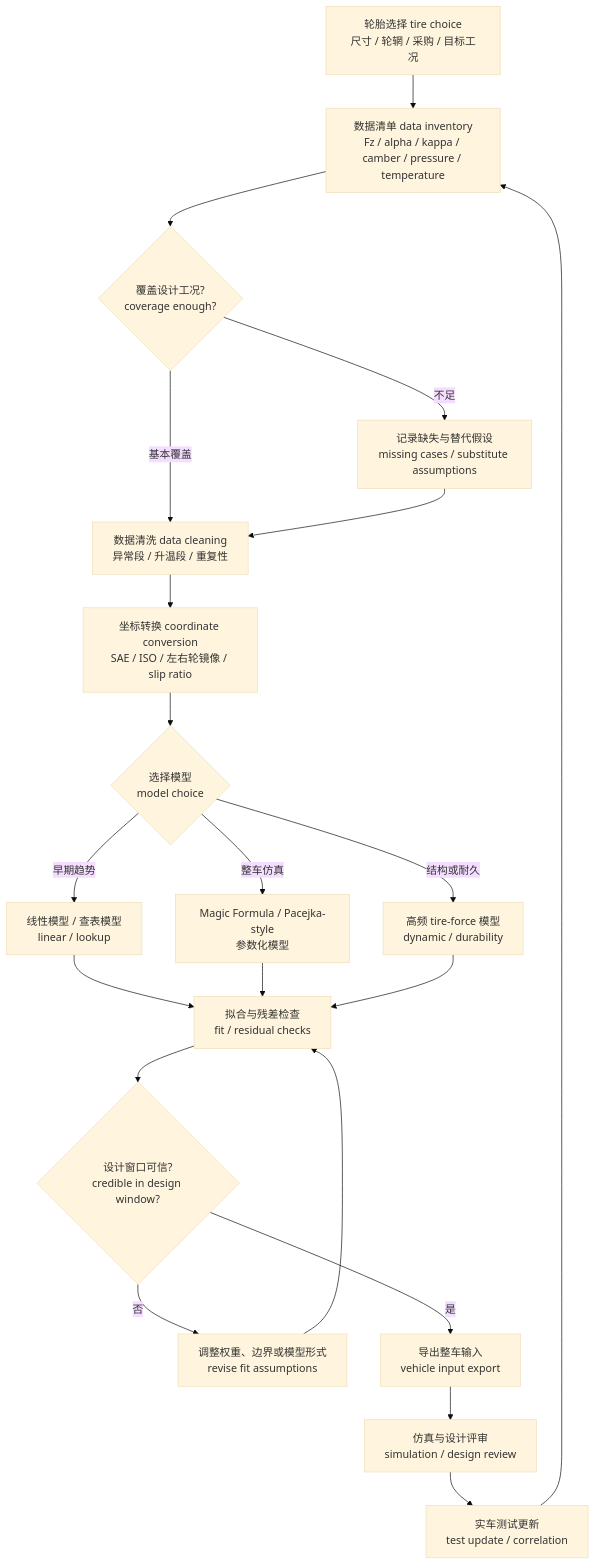
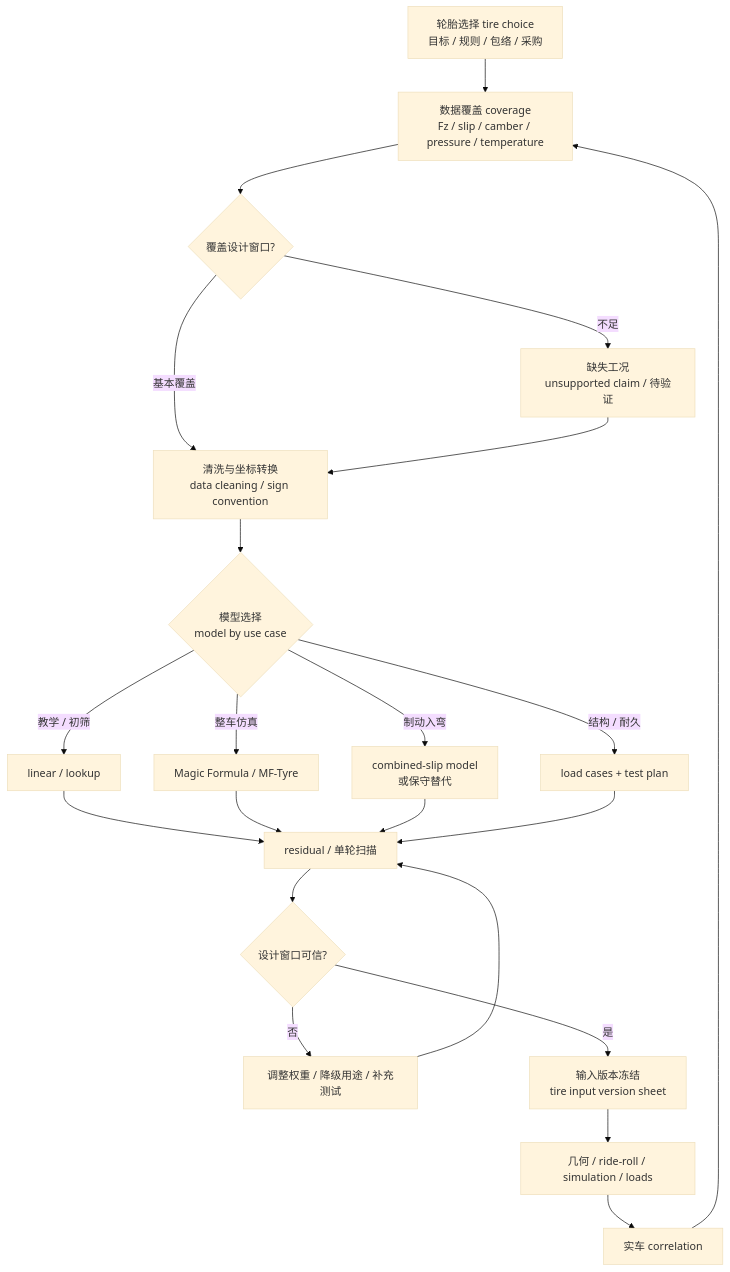
The diagram in docs/advanced/02-tire-and-vehicle-inputs.md (onebulletkick/suspension_opensource), drawn with Mermaid (base theme) before and after one commit. The commit also changed other lines of this file and 1 other file, not shown here.

Commit message:
docs: integrate tire source research into inputs

````diff
--- a/docs/advanced/02-tire-and-vehicle-inputs.md
+++ b/docs/advanced/02-tire-and-vehicle-inputs.md
@@ -247,23 +226,24 @@
 ```mermaid
 flowchart TD
-  A["轮胎选择 tire choice<br>尺寸 / 轮辋 / 采购 / 目标工况"] --> B["数据清单 data inventory<br>Fz / alpha / kappa / camber / pressure / temperature"]
-  B --> C{"覆盖设计工况?<br>coverage enough?"}
-  C -- "不足" --> D["记录缺失与替代假设<br>missing cases / substitute assumptions"]
-  C -- "基本覆盖" --> E["数据清洗 data cleaning<br>异常段 / 升温段 / 重复性"]
+  A["轮胎选择 tire choice<br>目标 / 规则 / 包络 / 采购"] --> B["数据覆盖 coverage<br>Fz / slip / camber / pressure / temperature"]
+  B --> C{"覆盖设计窗口?"}
+  C -- "不足" --> D["缺失工况<br>unsupported claim / 待验证"]
+  C -- "基本覆盖" --> E["清洗与坐标转换<br>data cleaning / sign convention"]
   D --> E
-  E --> F["坐标转换 coordinate conversion<br>SAE / ISO / 左右轮镜像 / slip ratio"]
-  F --> G{"选择模型<br>model choice"}
-  G -- "早期趋势" --> H["线性模型 / 查表模型<br>linear / lookup"]
-  G -- "整车仿真" --> I["Magic Formula / Pacejka-style<br>参数化模型"]
-  G -- "结构或耐久" --> J["高频 tire-force 模型<br>dynamic / durability"]
-  H --> K["拟合与残差检查<br>fit / residual checks"]
+  E --> F{"模型选择<br>model by use case"}
+  F -- "教学 / 初筛" --> G["linear / lookup"]
+  F -- "整车仿真" --> H["Magic Formula / MF-Tyre"]
+  F -- "制动入弯" --> I["combined-slip model<br>或保守替代"]
+  F -- "结构 / 耐久" --> J["load cases + test plan"]
+  G --> K["residual / 单轮扫描"]
+  H --> K
   I --> K
   J --> K
-  K --> L{"设计窗口可信?<br>credible in design window?"}
-  L -- "否" --> M["调整权重、边界或模型形式<br>revise fit assumptions"]
+  K --> L{"设计窗口可信?"}
+  L -- "否" --> M["调整权重 / 降级用途 / 补充测试"]
   M --> K
-  L -- "是" --> N["导出整车输入<br>vehicle input export"]
-  N --> O["仿真与设计评审<br>simulation / design review"]
-  O --> P["实车测试更新<br>test update / correlation"]
+  L -- "是" --> N["输入版本冻结<br>tire input version sheet"]
+  N --> O["几何 / ride-roll / simulation / loads"]
+  O --> P["实车 correlation"]
   P --> B
 ```
````
